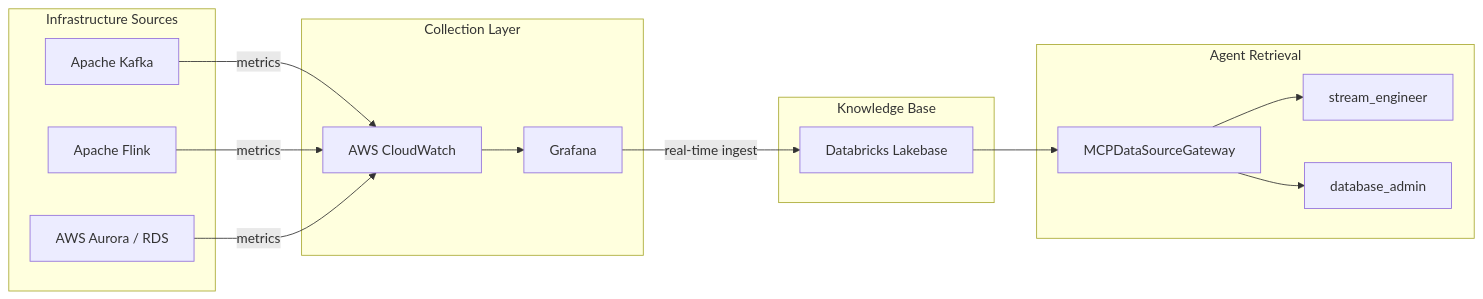
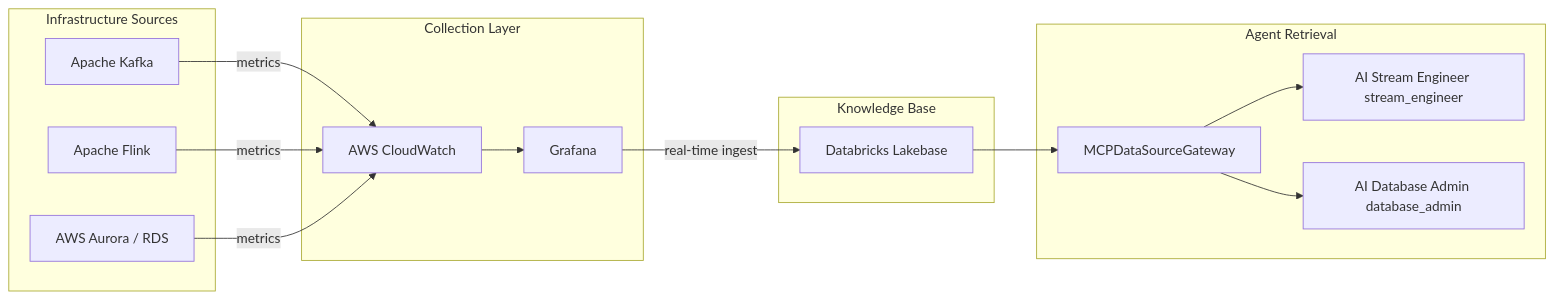
Before and after one commit to wchen-dea/Agentic-AI-Platform-on-Databricks: the fifth of 5 diagrams in docs/architecture.md, drawn with Mermaid. The commit also changed other lines of this file and 5 other files, not shown here.

````diff
--- a/docs/architecture.md
+++ b/docs/architecture.md
@@ -361,32 +386,32 @@
 ```mermaid
 flowchart LR
   subgraph sources[Infrastructure Sources]
     kafka[Apache Kafka]
     flink[Apache Flink]
     aurora[AWS Aurora / RDS]
   end
 
   subgraph collection[Collection Layer]
     cw[AWS CloudWatch]
     grf[Grafana]
   end
 
   subgraph knowledge[Knowledge Base]
     lb[Databricks Lakebase]
   end
 
   subgraph agents[Agent Retrieval]
     mcp[MCPDataSourceGateway]
-    se[stream_engineer]
-    dba[database_admin]
+    se[AI Stream Engineer stream_engineer]
+    dba[AI Database Admin database_admin]
   end
 
   kafka -->|metrics| cw
   flink -->|metrics| cw
   aurora -->|metrics| cw
   cw --> grf
   grf -->|real-time ingest| lb
   lb --> mcp
   mcp --> se
   mcp --> dba
 ```
````
